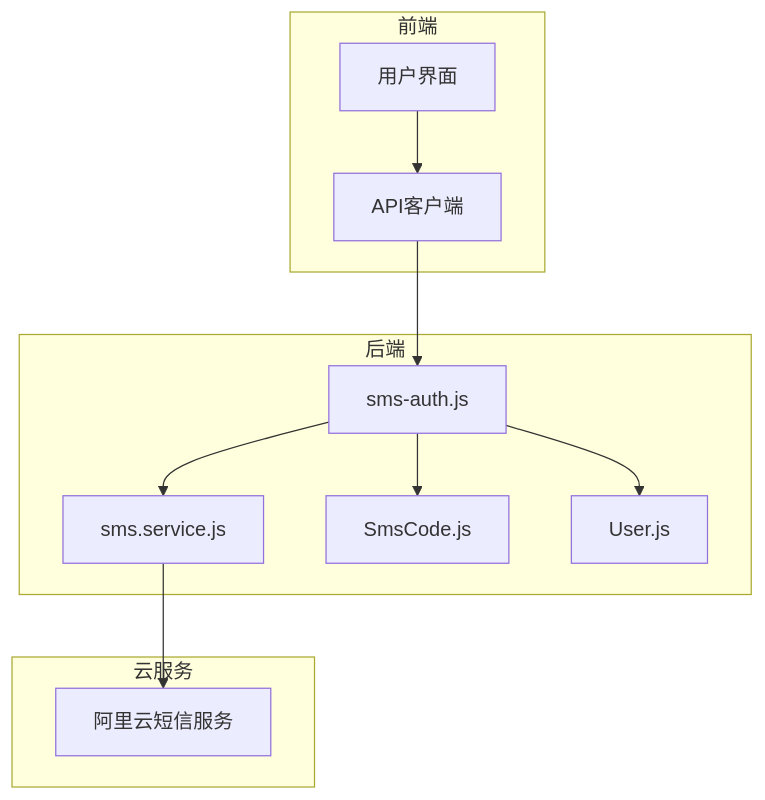
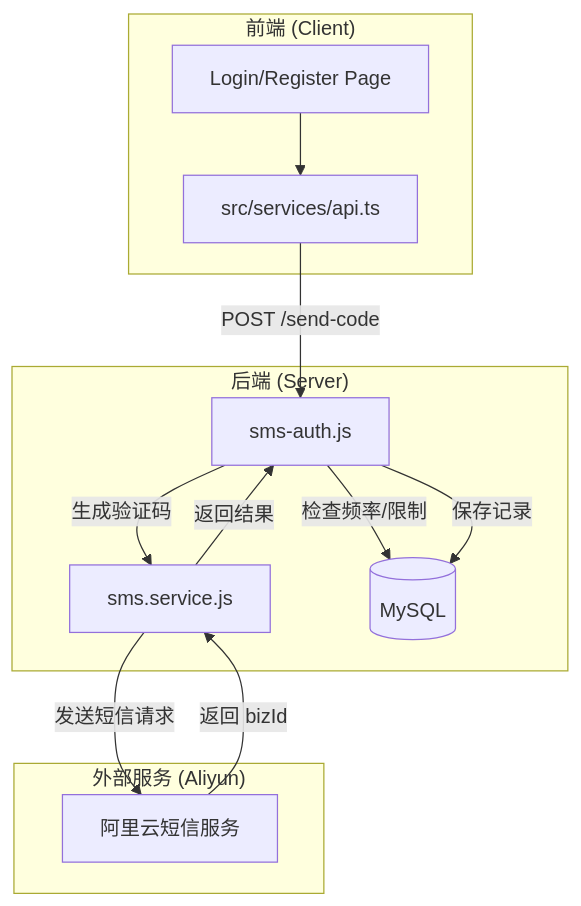
One commit to xingranya/CervixDetectAI changed the diagram in wiki/后端架构/业务逻辑层/短信认证服务.md. Above: the diagram before and after it, drawn with Mermaid. The commit also changed other lines of this file and 11 other files, not shown here.

````diff
--- a/wiki/后端架构/业务逻辑层/短信认证服务.md
+++ b/wiki/后端架构/业务逻辑层/短信认证服务.md
@@ -34,22 +42,26 @@
 ```mermaid
 graph TB
-subgraph "前端"
-UI[用户界面]
-API[API客户端]
+subgraph "前端 (Client)"
+    UI[Login/Register Page]
+    API[src/services/api.ts]
 end
-subgraph "后端"
-AuthRouter[sms-auth.js]
-SMSService[sms.service.js]
-SmsCodeModel[SmsCode.js]
-User[User.js]
+
+subgraph "后端 (Server)"
+    Router[sms-auth.js]
+    Service[sms.service.js]
+    DB[(MySQL)]
 end
-subgraph "云服务"
-AliyunSMS[阿里云短信服务]
+
+subgraph "外部服务 (Aliyun)"
+    AliSMS[阿里云短信服务]
 end
+
 UI --> API
-API --> AuthRouter
-AuthRouter --> SMSService
-AuthRouter --> SmsCodeModel
-AuthRouter --> User
-SMSService --> AliyunSMS
+API -->|POST /send-code| Router
+Router -->|检查频率/限制| DB
+Router -->|生成验证码| Service
+Service -->|发送短信请求| AliSMS
+AliSMS -->|返回 bizId| Service
+Service -->|返回结果| Router
+Router -->|保存记录| DB
 ```
````
